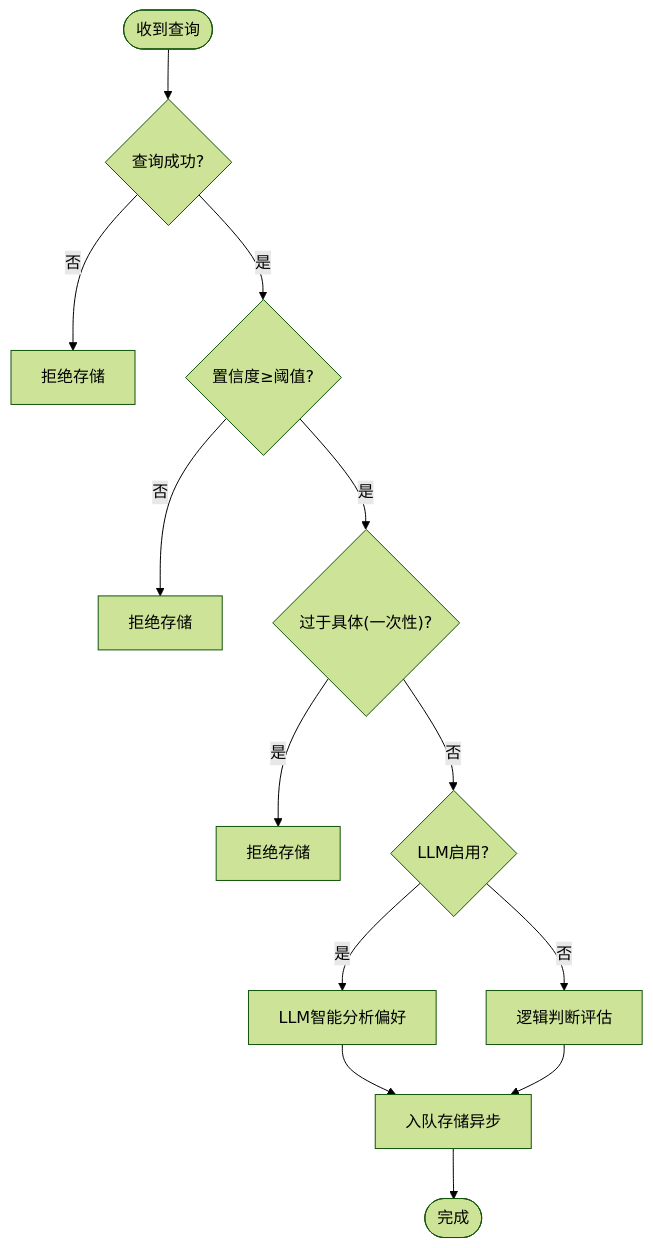
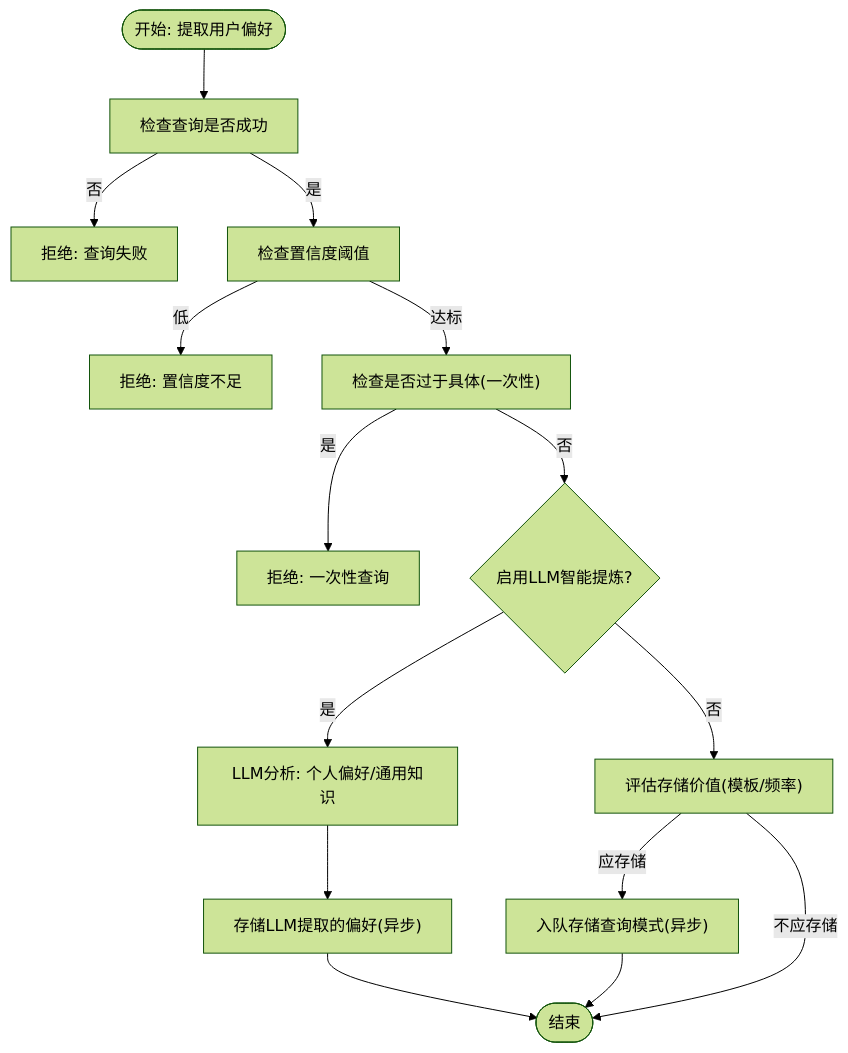
The third of 8 diagrams in NL2SQL/.qoder/repowiki/zh/content/记忆系统/记忆系统.md (HanHuiOnLine/724-office), drawn with Mermaid (forest theme) before and after one commit. The commit also changed other lines of this file and 203 other files, not shown here.

````diff
--- a/NL2SQL/.qoder/repowiki/zh/content/记忆系统/记忆系统.md
+++ b/NL2SQL/.qoder/repowiki/zh/content/记忆系统/记忆系统.md
@@ -187,15 +159,17 @@
 ```mermaid
 flowchart TD
-QStart(["收到查询"]) --> CheckSuccess{"查询成功?"}
-CheckSuccess --> |否| Reject1["拒绝存储"]
-CheckSuccess --> |是| CheckConf{"置信度≥阈值?"}
-CheckConf --> |否| Reject2["拒绝存储"]
-CheckConf --> |是| TooSpecific{"过于具体(一次性)?"}
-TooSpecific --> |是| Reject3["拒绝存储"]
-TooSpecific --> |否| Decide{"LLM启用?"}
-Decide --> |是| LLM["LLM智能分析偏好"]
-Decide --> |否| Logic["逻辑判断评估"]
-LLM --> Store["入队存储异步"]
-Logic --> Store
-Store --> Done(["完成"])
+Start(["开始: 提取用户偏好"]) --> CheckSuccess["检查查询是否成功"]
+CheckSuccess --> |否| Reject1["拒绝: 查询失败"]
+CheckSuccess --> |是| CheckConf["检查置信度阈值"]
+CheckConf --> |低| Reject2["拒绝: 置信度不足"]
+CheckConf --> |达标| CheckSpecific["检查是否过于具体(一次性)"]
+CheckSpecific --> |是| Reject3["拒绝: 一次性查询"]
+CheckSpecific --> |否| DecideLLM{"启用LLM智能提炼?"}
+DecideLLM --> |是| LLM["LLM分析: 个人偏好/通用知识"]
+LLM --> StoreLLM["存储LLM提取的偏好(异步)"]
+DecideLLM --> |否| Eval["评估存储价值(模板/频率)"]
+Eval --> |应存储| Enqueue["入队存储查询模式(异步)"]
+Eval --> |不应存储| End(["结束"])
+StoreLLM --> End
+Enqueue --> End
 ```
````
